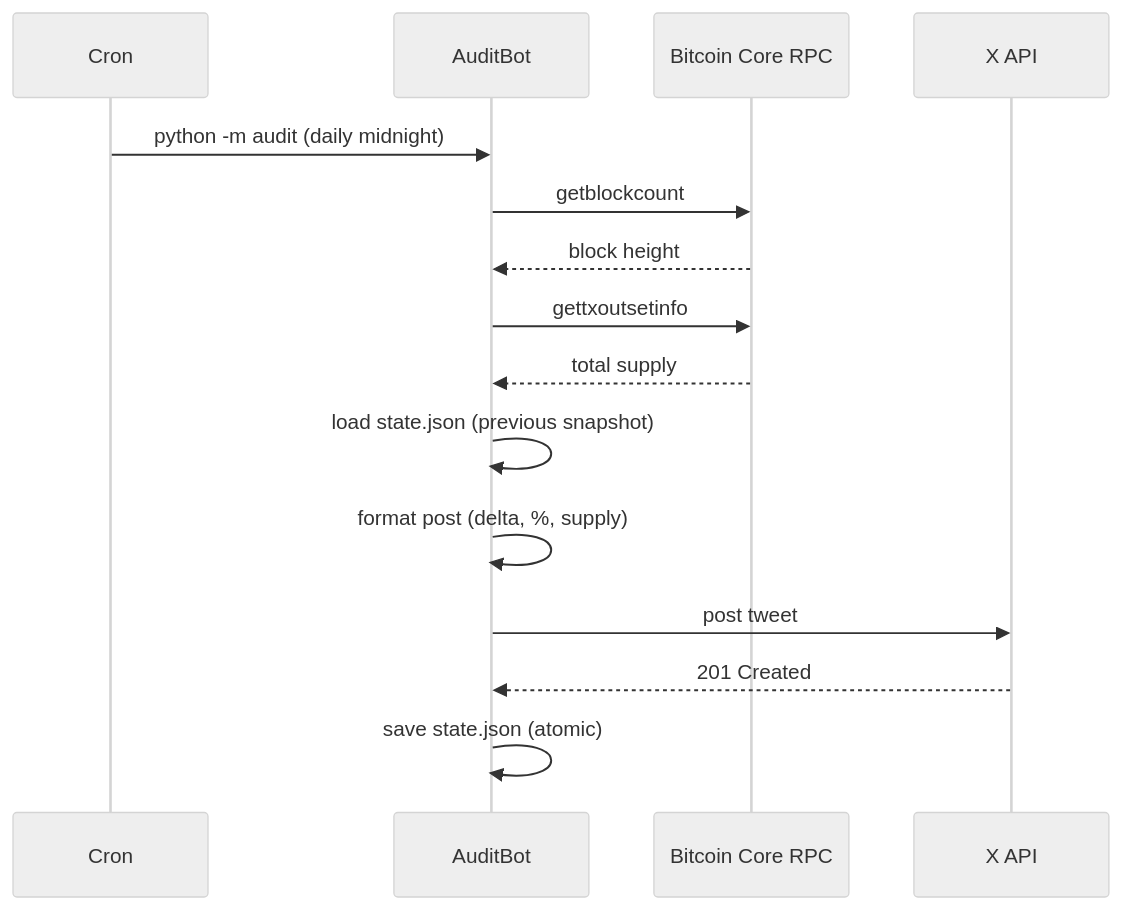
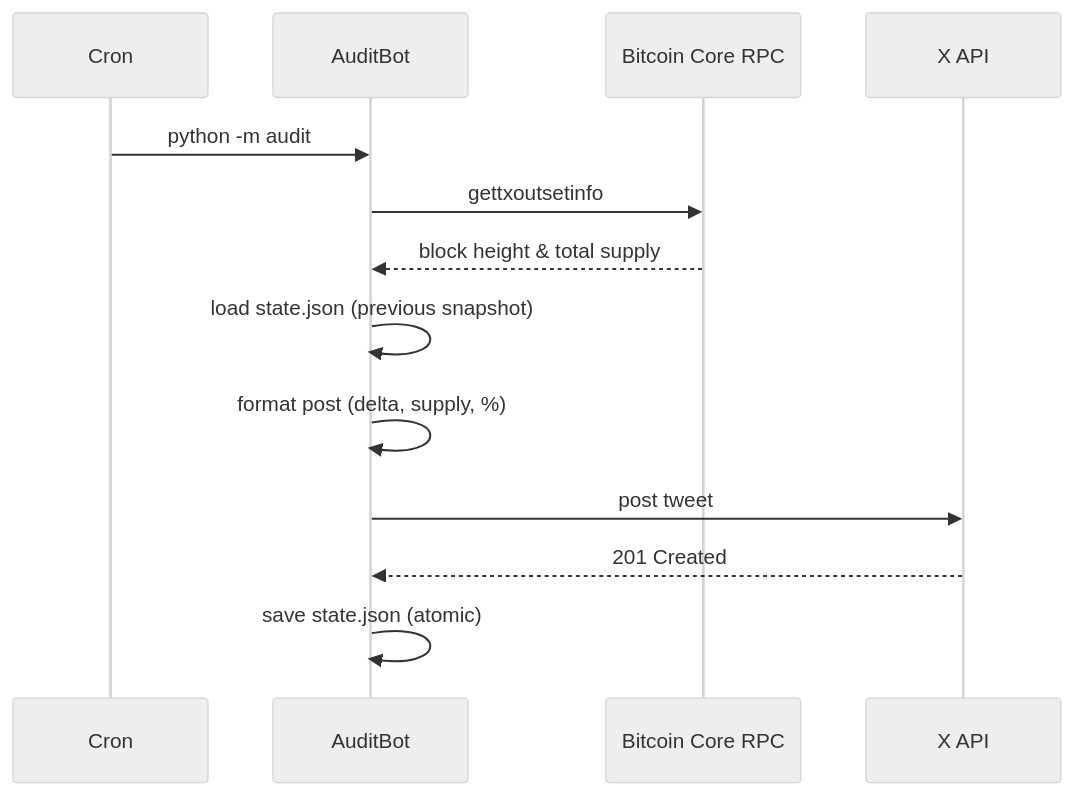
The diagram in README.md (janrothen/bitcoin-audit), drawn with Mermaid (neutral theme) before and after one commit.

Commit message:
docs: simplified the architectur sequence diagram

````diff
--- a/README.md
+++ b/README.md
@@ -7,18 +7,16 @@
 ```mermaid
 sequenceDiagram
     participant Cron
     participant AuditBot
     participant Bitcoin Core RPC
     participant X API
 
-    Cron->>AuditBot: python -m audit (daily midnight)
-    AuditBot->>Bitcoin Core RPC: getblockcount
-    Bitcoin Core RPC-->>AuditBot: block height
+    Cron->>AuditBot: python -m audit
     AuditBot->>Bitcoin Core RPC: gettxoutsetinfo
-    Bitcoin Core RPC-->>AuditBot: total supply
+    Bitcoin Core RPC-->>AuditBot: block height & total supply
     AuditBot->>AuditBot: load state.json (previous snapshot)
-    AuditBot->>AuditBot: format post (delta, %, supply)
+    AuditBot->>AuditBot: format post (delta, supply, %)
     AuditBot->>X API: post tweet
     X API-->>AuditBot: 201 Created
     AuditBot->>AuditBot: save state.json (atomic)
 ```
````
